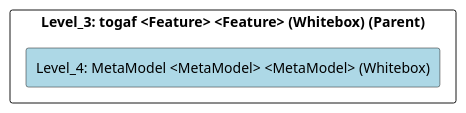
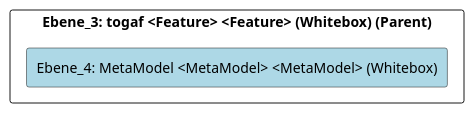
Before and after one commit to marcozwyssig/cleon: the diagram in doc/cleonproject_deliverables_architecture_model_architecture/adoc/de/05_bausteinsicht/cleon/architecture_methods/togaf/metamodel/ebene_4_metamodel.adoc, drawn with PlantUML. The commit also changed other lines of this file and 214 other files, not shown here.

```diff
--- a/doc/cleonproject_deliverables_architecture_model_architecture/adoc/de/05_bausteinsicht/cleon/architecture_methods/togaf/metamodel/ebene_4_metamodel.adoc
+++ b/doc/cleonproject_deliverables_architecture_model_architecture/adoc/de/05_bausteinsicht/cleon/architecture_methods/togaf/metamodel/ebene_4_metamodel.adoc
@@ -21,24 +21,24 @@
-[plantuml, Level_4: MetaModel <MetaModel> <MetaModel> (Whitebox)BlockOverview, format="svg"]
+[plantuml, Ebene_4: MetaModel <MetaModel> <MetaModel> (Whitebox)BlockOverview, format="svg"]
 ----
-@startuml Level_4: MetaModel <MetaModel> <MetaModel> (Whitebox)BuildingBlockOverview
+@startuml Ebene_4: MetaModel <MetaModel> <MetaModel> (Whitebox)BuildingBlockOverview
 
 skinparam ranksep 10
 skinparam componentStyle rectangle
 skinparam shadowing false
 skinparam arrowColor lightblue
 skinparam arrowThickness 1.2
 skinparam rectangle {
   BackgroundColor White
   BorderColor #333
   RoundCorner 10
 }
 top to bottom direction
 
-component "Level_3: togaf <Feature> <Feature> (Whitebox) (Parent)" {
-    component "Level_4: MetaModel <MetaModel> <MetaModel> (Whitebox)" #lightblue {
+component "Ebene_3: togaf <Feature> <Feature> (Whitebox) (Parent)" {
+    component "Ebene_4: MetaModel <MetaModel> <MetaModel> (Whitebox)" #lightblue {
     }
 
 }
 
 @enduml
 ----
```
